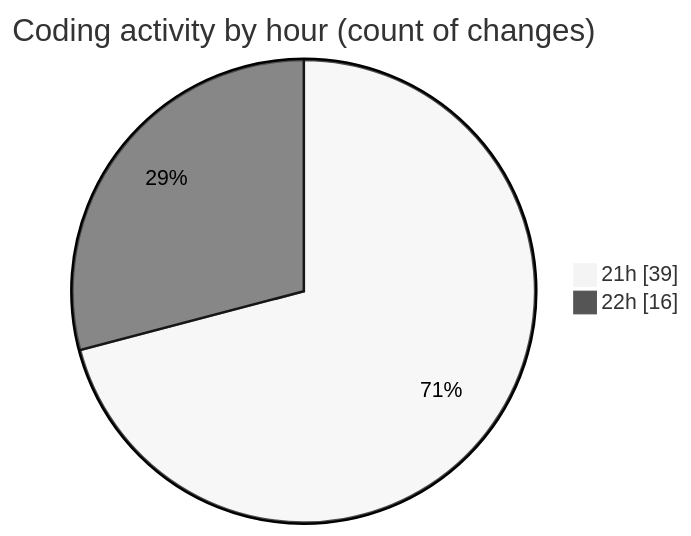
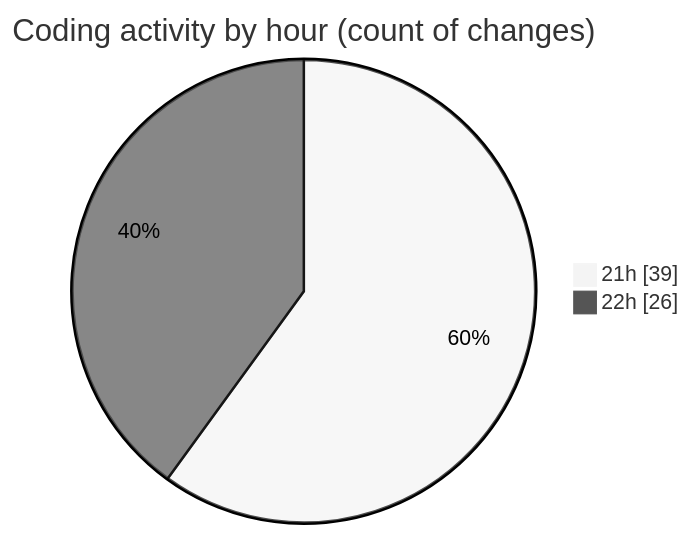
One commit to Netris89/code-tracking changed the second of 2 diagrams in 2025-04-29/date/README.md. Above: the diagram before and after it, drawn with Mermaid (neutral theme). The commit also changed other lines of this file and 1 other file, not shown here.

````diff
--- a/2025-04-29/date/README.md
+++ b/2025-04-29/date/README.md
@@ -34,6 +35,6 @@
 ```mermaid
 pie showData
 title Coding activity by hour (count of changes)
 "21h" : 39
-"22h" : 16
+"22h" : 26
 ```
````
